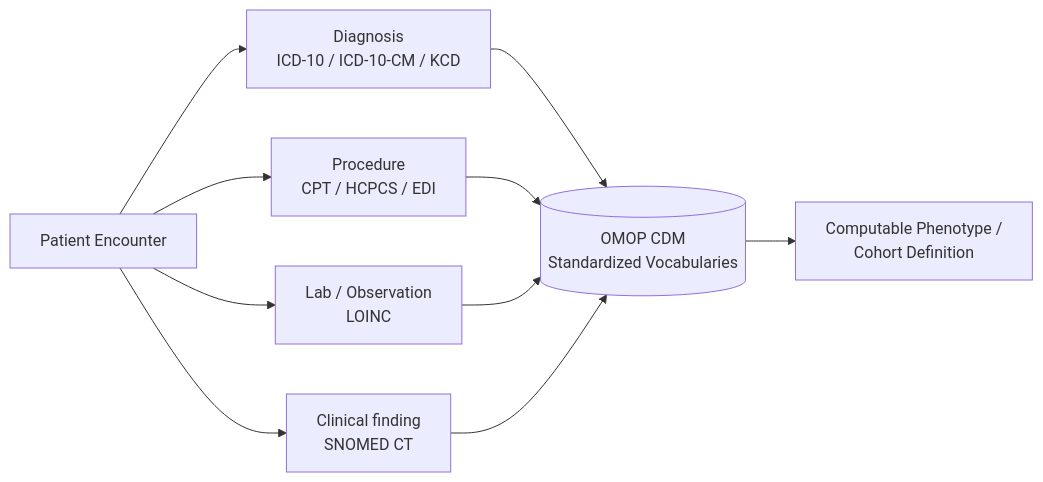
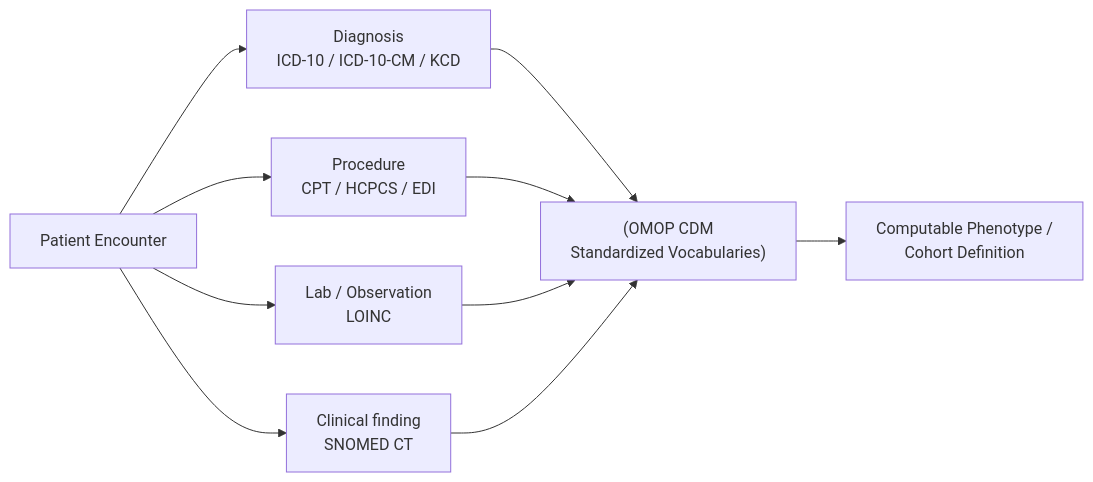
The first of 4 diagrams in lessons/lesson 4/coding_systems.qmd (bsgerber/medical-big-data), drawn with Mermaid before and after one commit. The commit also changed other lines of this file, not shown here.

Commit message:
updated mermaid diagrams

````diff
--- a/lessons/lesson 4/coding_systems.qmd
+++ b/lessons/lesson 4/coding_systems.qmd
@@ -59,12 +59,13 @@
 ```{mermaid}
+%%| eval: true
 flowchart LR
-  A[Patient Encounter] --> B[Diagnosis\nICD-10 / ICD-10-CM / KCD]
-  A --> C[Procedure\nCPT / HCPCS / EDI]
-  A --> D[Lab / Observation\nLOINC]
-  A --> E[Clinical finding\nSNOMED CT]
-  B --> F[(OMOP CDM\nStandardized Vocabularies)]
+  A[Patient Encounter] --> B["Diagnosis<br>ICD-10 / ICD-10-CM / KCD"]
+  A --> C["Procedure<br>CPT / HCPCS / EDI"]
+  A --> D["Lab / Observation\nLOINC"]
+  A --> E["Clinical finding<br>SNOMED CT"]
+  B --> F["(OMOP CDM<br>Standardized Vocabularies)"]
   C --> F
   D --> F
   E --> F
-  F --> G[Computable Phenotype /\nCohort Definition]
+  F --> G["Computable Phenotype /<br>Cohort Definition"]
 ```
````
